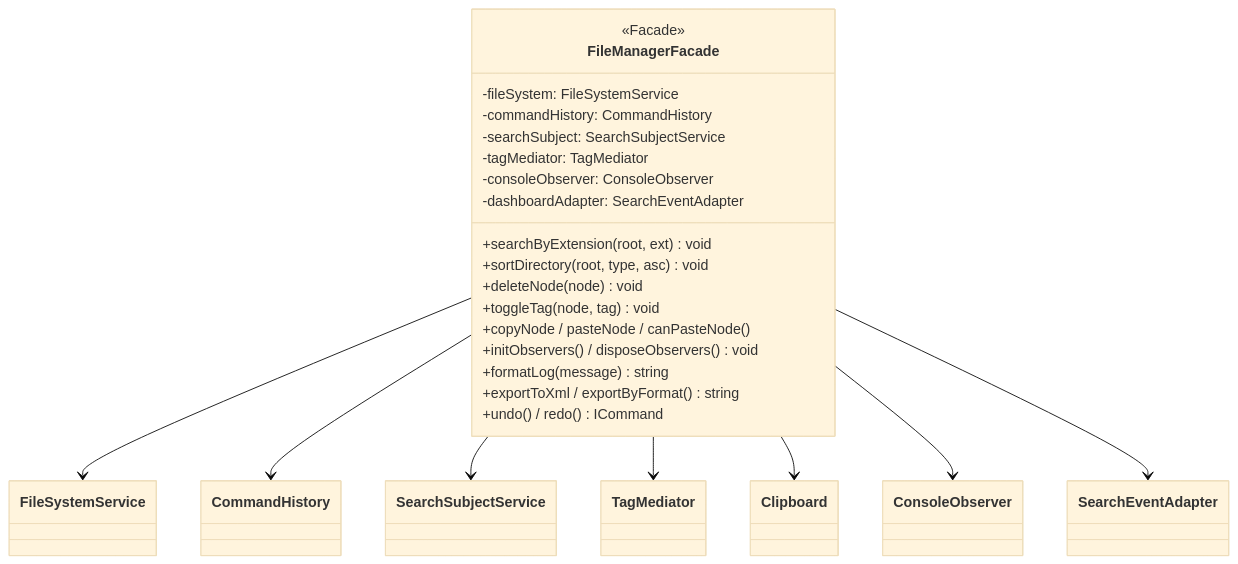
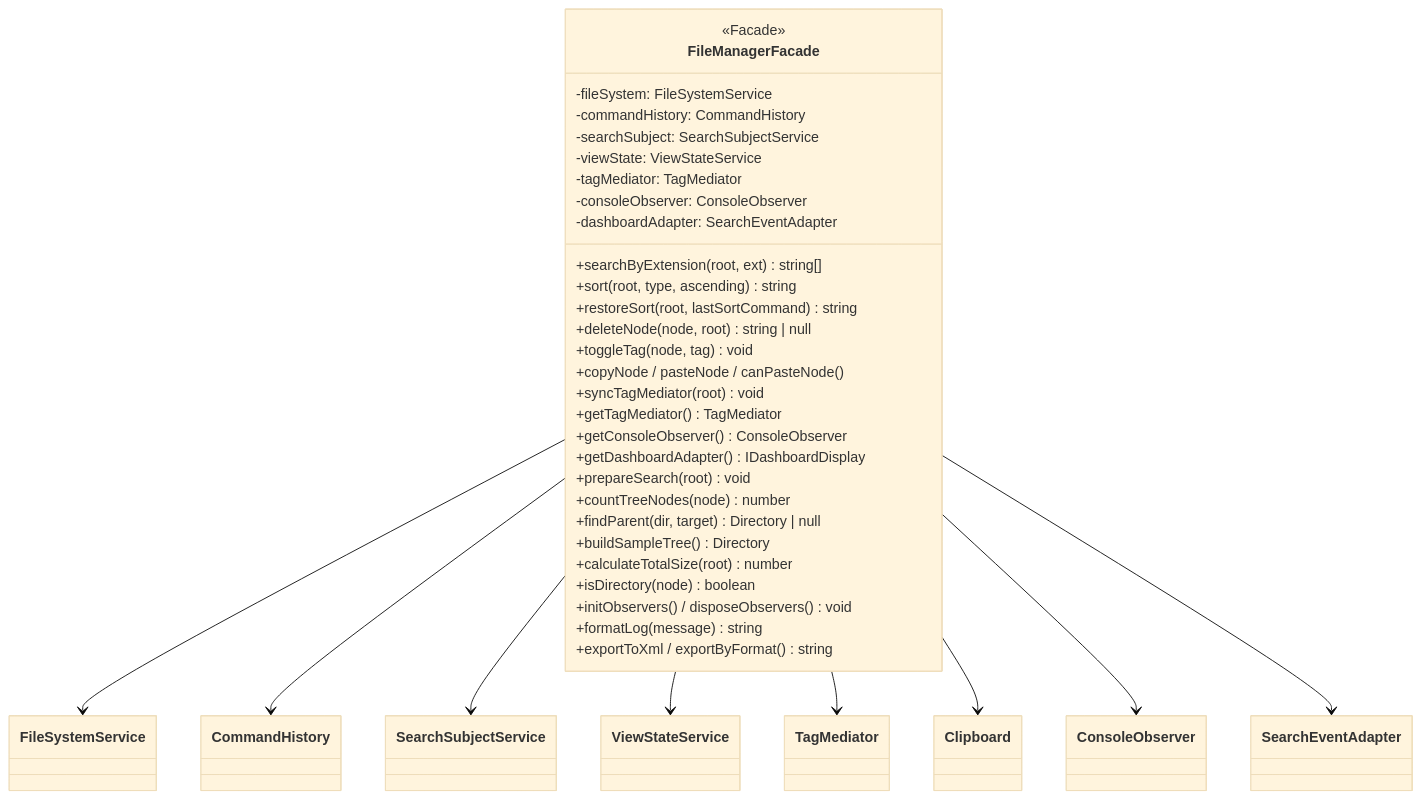
One commit to Sean11133/XD changed the eighth of 8 diagrams in README.md. Above: the diagram before and after it, drawn with Mermaid (base theme). The commit also changed other lines of this file and 2 other files, not shown here.

Commit message:
docs: align diagrams and redesign ER schema for extensible file types

````diff
--- a/README.md
+++ b/README.md
@@ -627,31 +707,43 @@
 ```mermaid
 classDiagram
     direction TB
 
     class FileManagerFacade {
         <<Facade>>
         -fileSystem: FileSystemService
         -commandHistory: CommandHistory
         -searchSubject: SearchSubjectService
+      -viewState: ViewStateService
         -tagMediator: TagMediator
         -consoleObserver: ConsoleObserver
         -dashboardAdapter: SearchEventAdapter
-        +searchByExtension(root, ext) void
-        +sortDirectory(root, type, asc) void
-        +deleteNode(node) void
+      +searchByExtension(root, ext) string[]
+      +sort(root, type, ascending) string
+      +restoreSort(root, lastSortCommand) string
+      +deleteNode(node, root) string | null
         +toggleTag(node, tag) void
         +copyNode / pasteNode / canPasteNode()
+      +syncTagMediator(root) void
+      +getTagMediator() TagMediator
+      +getConsoleObserver() ConsoleObserver
+      +getDashboardAdapter() IDashboardDisplay
+      +prepareSearch(root) void
+      +countTreeNodes(node) number
+      +findParent(dir, target) Directory | null
+      +buildSampleTree() Directory
+      +calculateTotalSize(root) number
+      +isDirectory(node) boolean
         +initObservers() / disposeObservers() void
         +formatLog(message) string
         +exportToXml / exportByFormat() string
-        +undo() / redo() ICommand
     }
 
     FileManagerFacade --> FileSystemService
     FileManagerFacade --> CommandHistory
     FileManagerFacade --> SearchSubjectService
+    FileManagerFacade --> ViewStateService
     FileManagerFacade --> TagMediator
     FileManagerFacade --> Clipboard
     FileManagerFacade --> ConsoleObserver
     FileManagerFacade --> SearchEventAdapter
 ```
````
